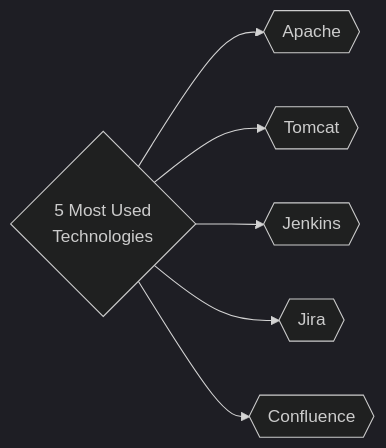
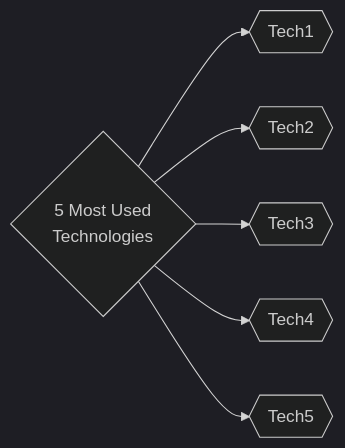
The third of 3 diagrams in README.md (trickest/inventory), drawn with Mermaid (dark theme) before and after one commit. The commit also changed other lines of this file, not shown here.

Commit message:
Update mermaid graphs

````diff
--- a/README.md
+++ b/README.md
@@ -32,8 +32,8 @@
 ```mermaid
 graph LR
-title{5 Most Used<br>Technologies} --> tech1{{Apache}}
-title --> tech2{{Tomcat}}
-title --> tech3{{Jenkins}}
-title --> tech4{{Jira}}
-title --> tech5{{Confluence}}
+title{5 Most Used<br>Technologies} --> tech1{{Tech1}}
+title --> tech2{{Tech2}}
+title --> tech3{{Tech3}}
+title --> tech4{{Tech4}}
+title --> tech5{{Tech5}}
 ```
````
